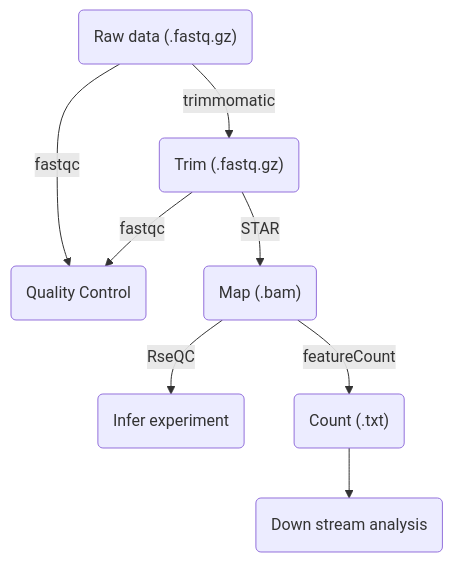
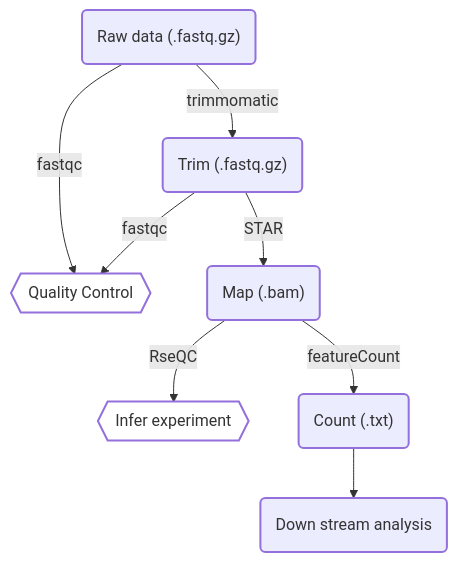
The diagram in mermaidPlot/mermaidPlot.md (sajuukLyu/Protocols-4pub), drawn with Mermaid before and after one commit. The commit also changed other lines of this file and 2 other files, not shown here.

Commit message:
update plot

````diff
--- a/mermaidPlot/mermaidPlot.md
+++ b/mermaidPlot/mermaidPlot.md
@@ -1,10 +9,13 @@
 ```mermaid
-graph TD;
-	A("Raw data (.fastq.gz)") -->|fastqc| a("Quality Control")
-	A -->|trimmomatic| B("Trim (.fastq.gz)")
-	B -->|fastqc| a
-	B -->|STAR| C("Map (.bam)")
-	C -->|RseQC| D("Infer experiment")
-	C -->|featureCount| E("Count (.txt)")
-	E --> F("Down stream analysis")
+flowchart TD;
+classDef default stroke-width: 2px ;
+classDef qc fill: #ffffff ;
+	A("Raw data (.fastq.gz)") -->|fastqc| a{{"Quality Control"}};
+	A -->|trimmomatic| B("Trim (.fastq.gz)");
+	B -->|fastqc| a;
+	B -->|STAR| C("Map (.bam)");
+	C -->|RseQC| D{{"Infer experiment"}};
+	C -->|featureCount| E("Count (.txt)");
+	E --> F("Down stream analysis");
+class a,D qc
 ```
````
